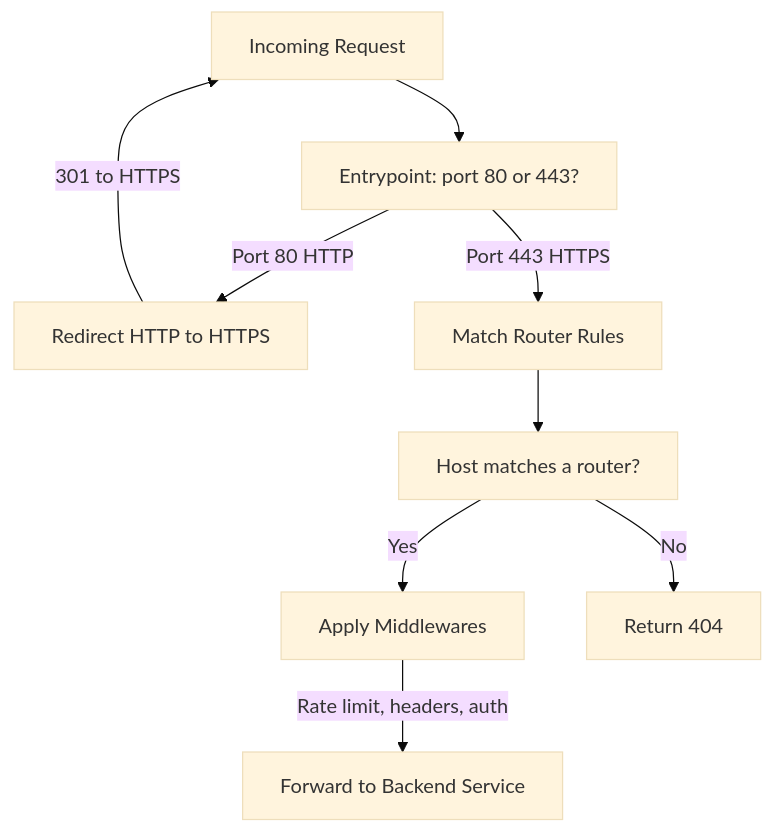
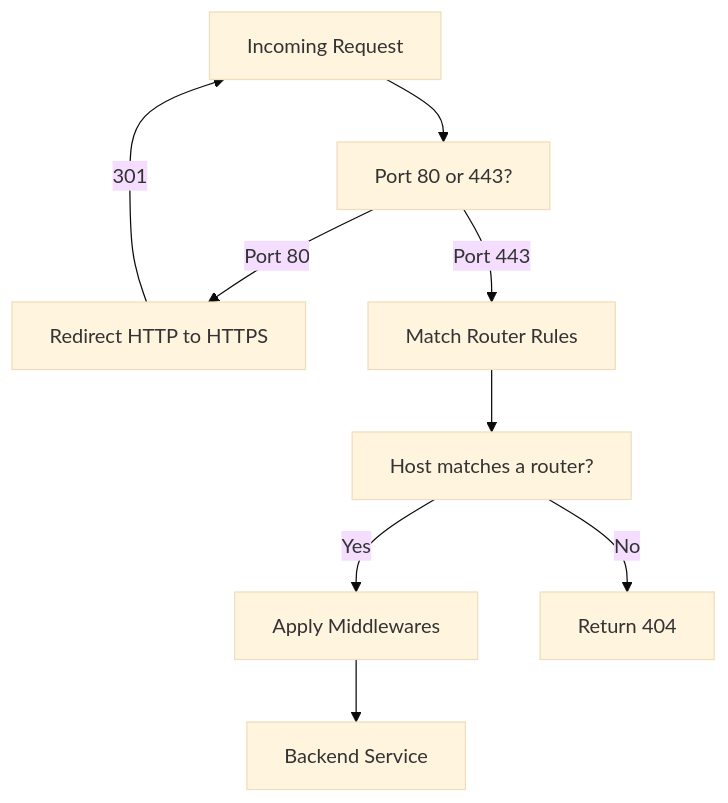
The third of 3 diagrams in docs/foundation-stack.md (peermesh/docker-lab-docs), drawn with Mermaid (base theme) before and after one commit. The commit also changed other lines of this file and 13 other files, not shown here.

First line of the commit message:
fix: improve diagram legibility and icon rendering

````diff
--- a/docs/foundation-stack.md
+++ b/docs/foundation-stack.md
@@ -208,20 +205,20 @@
 ```mermaid
 flowchart TB
     Request["Incoming Request"]
-    Entrypoint["Entrypoint: port 80 or 443?"]
+    Entrypoint["Port 80 or 443?"]
     Redirect["Redirect HTTP to HTTPS"]
     MatchRouter["Match Router Rules"]
     HostRule["Host matches a router?"]
     Middleware["Apply Middlewares"]
-    Backend["Forward to Backend Service"]
+    Backend["Backend Service"]
     NotFound["Return 404"]
 
     Request --> Entrypoint
-    Entrypoint -->|"Port 80 HTTP"| Redirect
-    Redirect -->|"301 to HTTPS"| Request
-    Entrypoint -->|"Port 443 HTTPS"| MatchRouter
+    Entrypoint -->|"Port 80"| Redirect
+    Redirect -->|"301"| Request
+    Entrypoint -->|"Port 443"| MatchRouter
     MatchRouter --> HostRule
     HostRule -->|"Yes"| Middleware
     HostRule -->|"No"| NotFound
-    Middleware -->|"Rate limit, headers, auth"| Backend
+    Middleware --> Backend
 ```
````
